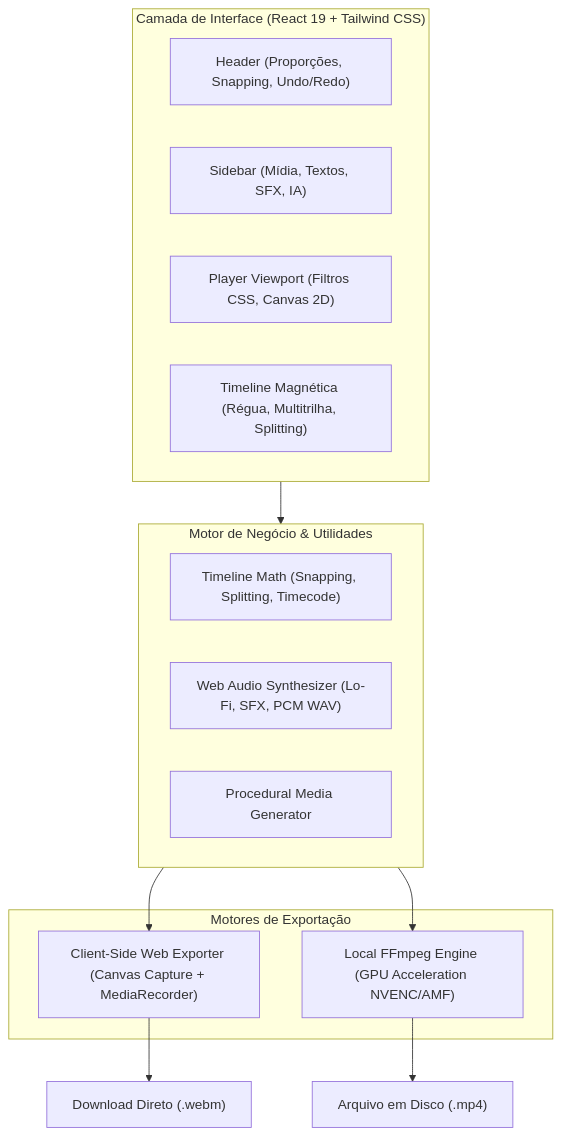
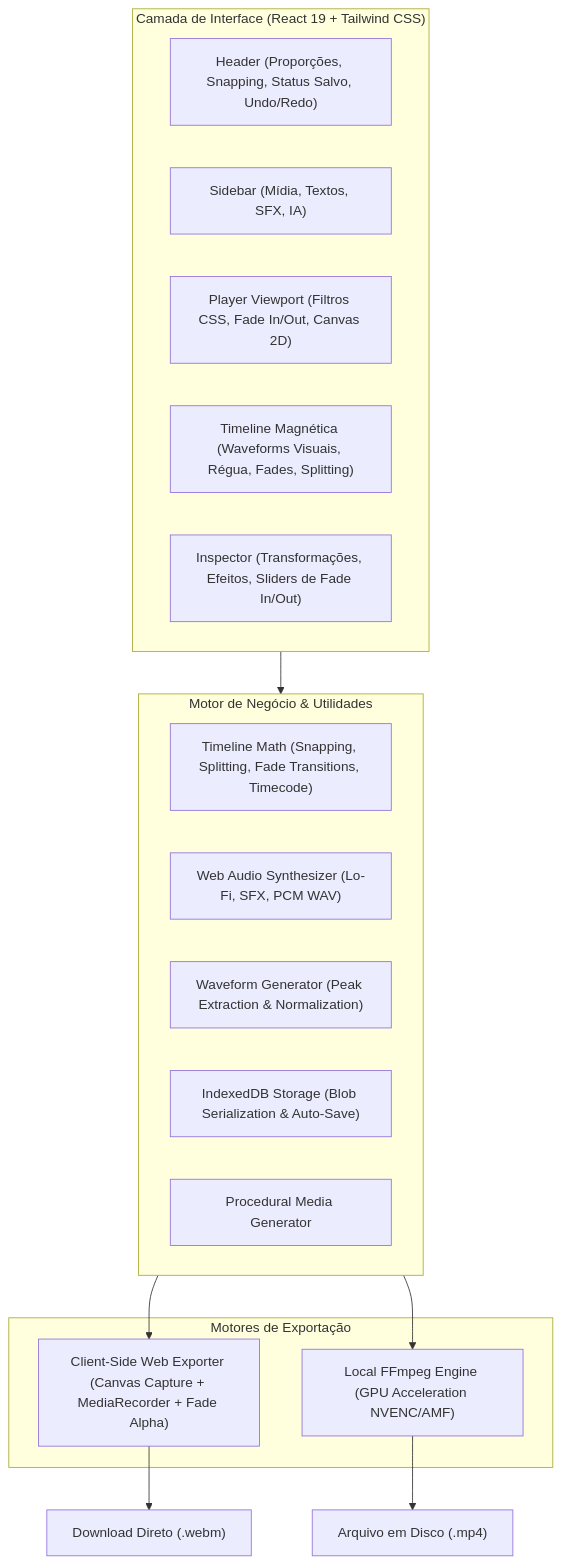
Before and after one commit to FelipeGardenghiDev/garden-cut: the diagram in README.md, drawn with Mermaid. The commit also changed other lines of this file and 13 other files, not shown here.

First line of the commit message:
feat: add IndexedDB persistence, audio waveforms and fade in/out transitions

````diff
--- a/README.md
+++ b/README.md
@@ -15,26 +15,29 @@
 ```mermaid
 flowchart TD
     subgraph UI ["Camada de Interface (React 19 + Tailwind CSS)"]
-        Header["Header (Proporções, Snapping, Undo/Redo)"]
+        Header["Header (Proporções, Snapping, Status Salvo, Undo/Redo)"]
         Sidebar["Sidebar (Mídia, Textos, SFX, IA)"]
-        PlayerView["Player Viewport (Filtros CSS, Canvas 2D)"]
-        TimelineView["Timeline Magnética (Régua, Multitrilha, Splitting)"]
+        PlayerView["Player Viewport (Filtros CSS, Fade In/Out, Canvas 2D)"]
+        TimelineView["Timeline Magnética (Waveforms Visuais, Régua, Fades, Splitting)"]
+        InspectorView["Inspector (Transformações, Efeitos, Sliders de Fade In/Out)"]
     end
 
     subgraph Core ["Motor de Negócio & Utilidades"]
-        TimelineMath["Timeline Math (Snapping, Splitting, Timecode)"]
+        TimelineMath["Timeline Math (Snapping, Splitting, Fade Transitions, Timecode)"]
         AudioEngine["Web Audio Synthesizer (Lo-Fi, SFX, PCM WAV)"]
+        WaveformGen["Waveform Generator (Peak Extraction & Normalization)"]
+        ProjectStorage["IndexedDB Storage (Blob Serialization & Auto-Save)"]
         MediaGen["Procedural Media Generator"]
     end
 
     subgraph ExportEngines ["Motores de Exportação"]
-        WebExporter["Client-Side Web Exporter (Canvas Capture + MediaRecorder)"]
+        WebExporter["Client-Side Web Exporter (Canvas Capture + MediaRecorder + Fade Alpha)"]
         FFmpegEngine["Local FFmpeg Engine (GPU Acceleration NVENC/AMF)"]
     end
 
     UI --> Core
     Core --> WebExporter
     Core --> FFmpegEngine
     WebExporter --> DirectDownload["Download Direto (.webm)"]
     FFmpegEngine --> DiskExport["Arquivo em Disco (.mp4)"]
 ```
````
